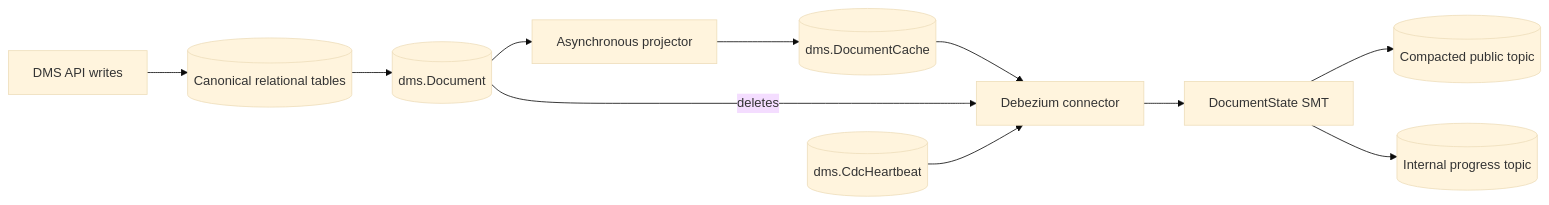
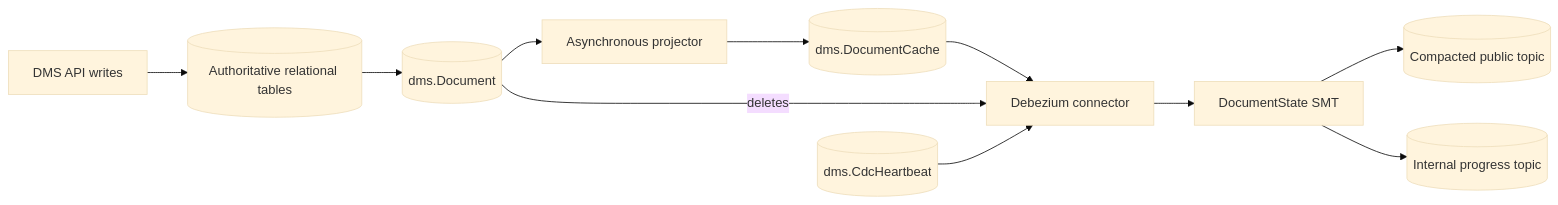
The first of 10 diagrams in PRESENTATION.md (Ed-Fi-Alliance-OSS/Data-Management-Service), drawn with Mermaid (base theme) before and after one commit. The commit also changed other lines of this file, not shown here.

````diff
--- a/PRESENTATION.md
+++ b/PRESENTATION.md
@@ -62,13 +62,13 @@
 ```mermaid
 flowchart LR
-    API[DMS API writes] --> DB[(Canonical relational tables)]
+    API[DMS API writes] --> DB[(Authoritative relational tables)]
     DB --> DOC[(dms.Document)]
     DOC --> P[Asynchronous projector]
     P --> CACHE[(dms.DocumentCache)]
     CACHE --> DEB[Debezium connector]
     DOC -->|deletes| DEB
     HB[(dms.CdcHeartbeat)] --> DEB
     DEB --> SMT[DocumentState SMT]
     SMT --> PUB[(Compacted public topic)]
     SMT --> PROG[(Internal progress topic)]
 ```
````
